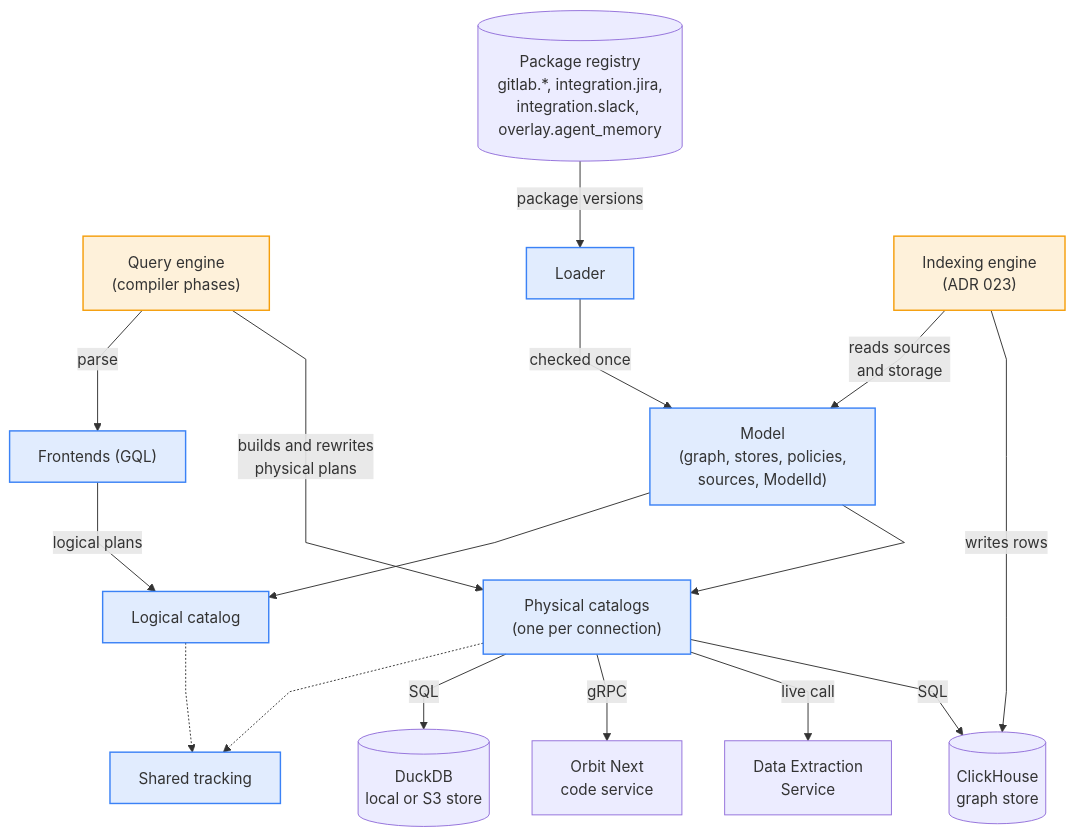
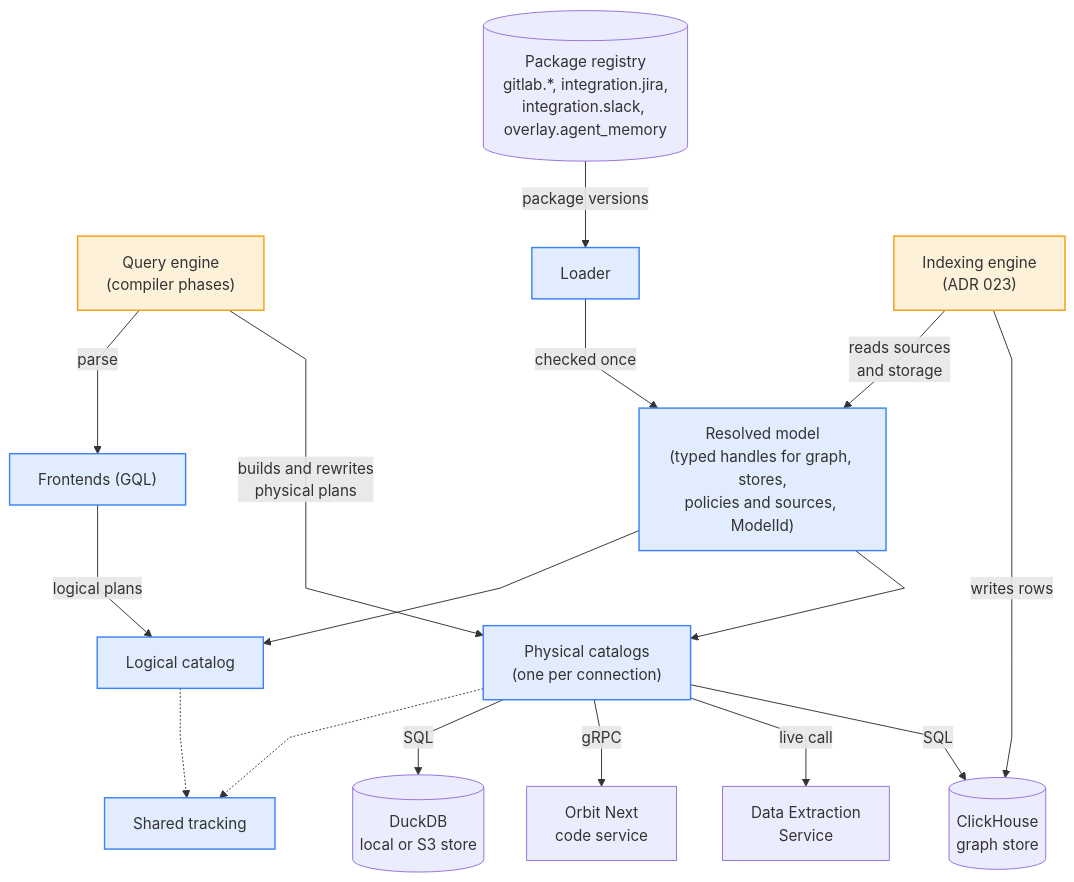
Before and after one commit to gitlabhq/orbit-knowledge-graph: the first of 10 diagrams in docs/pages/engineering/adr/024_pluggable_data_model.md, drawn with Mermaid. The commit also changed other lines of this file and 1 other file, not shown here.

First line of the commit message:
docs(adr): fold the sealed model and the uniform store contract into ADR 024

````diff
--- a/docs/pages/engineering/adr/024_pluggable_data_model.md
+++ b/docs/pages/engineering/adr/024_pluggable_data_model.md
@@ -64,40 +64,40 @@
 ```mermaid
 %%{init: {"flowchart": {"curve": "linear", "nodeSpacing": 45, "rankSpacing": 55}}}%%
 flowchart TB
     accTitle: The data model in one picture
-    accDescr: The package registry feeds the loader, which checks packages once into the model. The model exposes a logical catalog and one physical catalog per connection, both built on shared tracking. The query engine parses through the frontends and builds and rewrites physical plans through the catalogs, which send SQL, gRPC or live calls to the backends. The indexing engine reads sources and storage from the model and writes rows to ClickHouse.
+    accDescr: The package registry feeds the loader, which checks packages once into the resolved model. The model exposes a logical catalog and one physical catalog per connection, both built on shared tracking. The query engine parses through the frontends and builds and rewrites physical plans through the catalogs, which send SQL, gRPC or live calls to the backends. The indexing engine reads sources and storage from the model and writes rows to ClickHouse.
     REG[("Package registry<br/>gitlab.*, integration.jira,<br/>integration.slack, overlay.agent_memory")]
     E["Query engine<br/>(compiler phases)"]
     L["Loader"]
     IX["Indexing engine<br/>(ADR 023)"]
     S["Frontends (GQL)"]
-    M["Model<br/>(graph, stores, policies,<br/>sources, ModelId)"]
+    M["Resolved model<br/>(typed handles for graph, stores,<br/>policies and sources, ModelId)"]
     LC["Logical catalog"]
     PC["Physical catalogs<br/>(one per connection)"]
     T["Shared tracking"]
     DD[("DuckDB<br/>local or S3 store")]
     ON["Orbit Next<br/>code service"]
     DES["Data Extraction<br/>Service"]
     CH[("ClickHouse<br/>graph store")]
 
     REG -->|package versions| L
     L -->|checked once| M
     E -->|parse| S
     S -->|logical plans| LC
     M --> LC
     M --> PC
     E -->|builds and rewrites<br/>physical plans| PC
     IX -->|reads sources<br/>and storage| M
     LC -.-> T
     PC -.-> T
     PC -->|SQL| DD
     PC -->|gRPC| ON
     PC -->|live call| DES
     PC -->|SQL| CH
     IX -->|writes rows| CH
 
     classDef qdm fill:#3B82F626,stroke:#3B82F6,stroke-width:1.5px
     classDef engine fill:#F59E0B26,stroke:#F59E0B,stroke-width:1.5px
     class L,M,S,LC,PC,T qdm
     class E,IX engine
 ```
````
